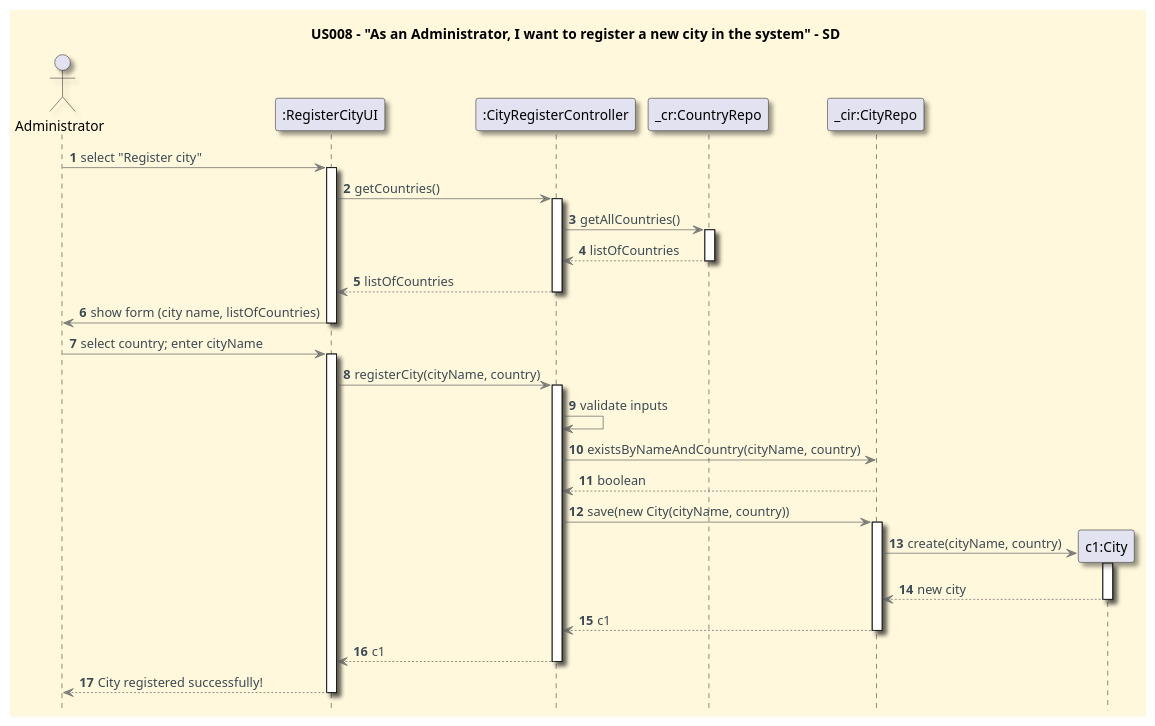
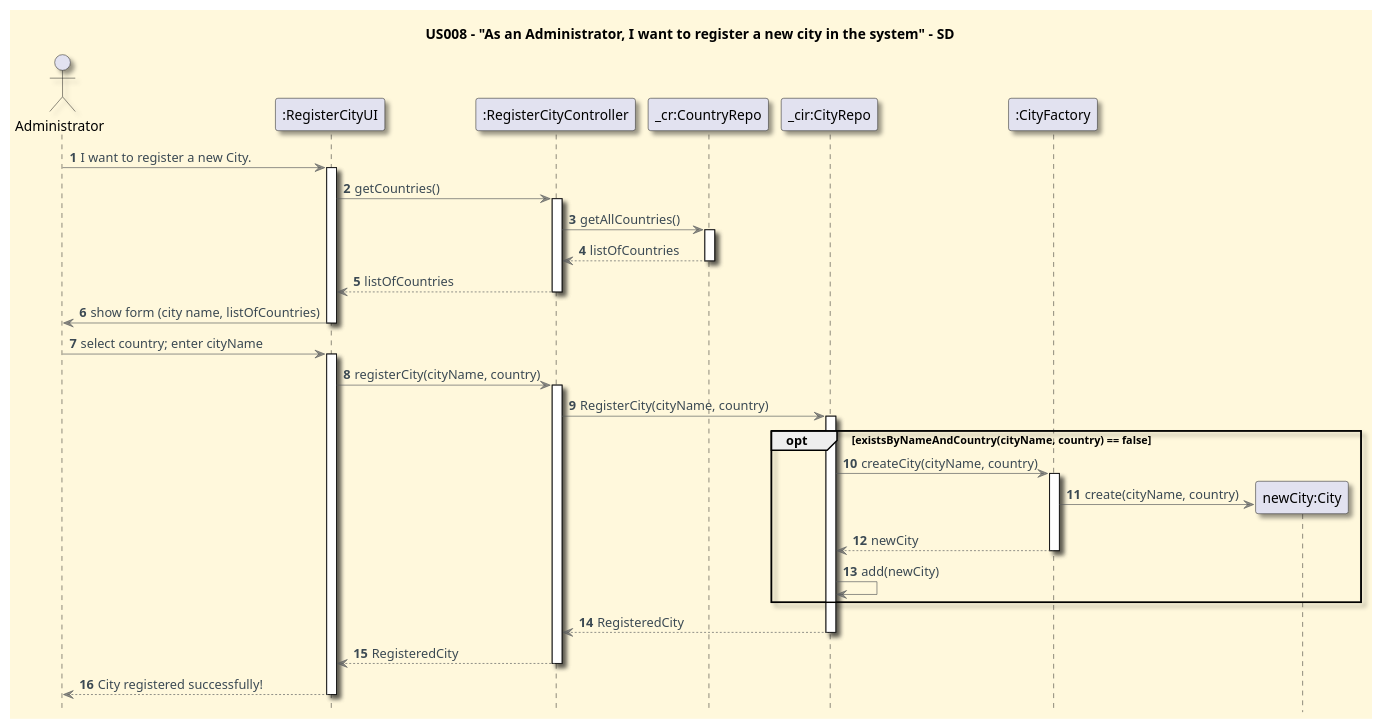
The diagram in docs/userStories/US008/US008_register_a_city_SD.puml (CarolinaLeite-collab/JavaMarketplacePlatform), drawn with PlantUML before and after one commit.

Commit message:
sequence diagram updated #264

```diff
--- a/docs/userStories/US008/US008_register_a_city_SD.puml
+++ b/docs/userStories/US008/US008_register_a_city_SD.puml
@@ -1,67 +1,67 @@
 @startuml
 title US008 - "As an Administrator, I want to register a new city in the system" - SD
 hidefootbox
 
 '==== basic style ====
 skinparam monochrome false
 skinparam shadowing true
 skinparam defaultFontName Futura
 skinparam objectFontSize 20
 skinparam backgroundColor CornSilk
 skinparam objectBackgroundColor WhiteSmoke
 skinparam noteBackgroundColor #FFFFE0
 skinparam ArrowFontColor #3B4953
 skinparam ArrowColor #57595BAA
 
 autonumber
 autoactivate off
 
-actor Administrator as Adm
+actor Administrator as Admin
 participant ":RegisterCityUI" as UI
-participant ":CityRegisterController" as Ctl
+participant ":RegisterCityController" as Ctl
 participant "_cr:CountryRepo" as CountryRepo
 participant "_cir:CityRepo" as CityRepo
+participant ":CityFactory" as Factory
 
-' 1. Admin requests to register a new city
-Adm -> UI: select "Register city"
+Admin -> UI: I want to register a new City.
 activate UI
 
 UI -> Ctl: getCountries()
 activate Ctl
 Ctl -> CountryRepo: getAllCountries()
 activate CountryRepo
 Ctl <-- CountryRepo: listOfCountries
 deactivate CountryRepo
 UI <-- Ctl: listOfCountries
 deactivate Ctl
 
-UI -> Adm: show form (city name, listOfCountries)
+UI -> Admin: show form (city name, listOfCountries)
 deactivate UI
-Adm -> UI: select country; enter cityName
+
+Admin -> UI: select country; enter cityName
 activate UI
-
-' 3. UI submits city creation (passes selected country, already validated by list)
 UI -> Ctl: registerCity(cityName, country)
 activate Ctl
 
-Ctl -> Ctl: validate inputs
-Ctl -> CityRepo: existsByNameAndCountry(cityName, country)
-CityRepo --> Ctl: boolean
+Ctl -> CityRepo: RegisterCity(cityName, country)
+        activate CityRepo
 
-' 5. Persist city when valid
-Ctl -> CityRepo: save(new City(cityName, country))
-activate CityRepo
-create "c1:City" as c1
-CityRepo -> c1: create(cityName, country)
-activate c1
-c1 --> CityRepo: new city
-deactivate c1
-CityRepo --> Ctl: c1
-deactivate CityRepo
+    opt existsByNameAndCountry(cityName, country) == false
 
-' 6. UI feedback (mirror US007: object then message)
-Ctl --> UI: c1
+        CityRepo -> Factory: createCity(cityName, country)
+        activate Factory
+        create "newCity:City" as instance
+        Factory -> instance: create(cityName, country)
+        Factory --> CityRepo: newCity
+        deactivate Factory
+        CityRepo -> CityRepo: add(newCity)
+    end
+
+    CityRepo --> Ctl: RegisteredCity
+    deactivate CityRepo
+
+Ctl --> UI: RegisteredCity
 deactivate Ctl
-UI --> Adm: City registered successfully!
+UI --> Admin: City registered successfully!
 deactivate UI
 @enduml
```
